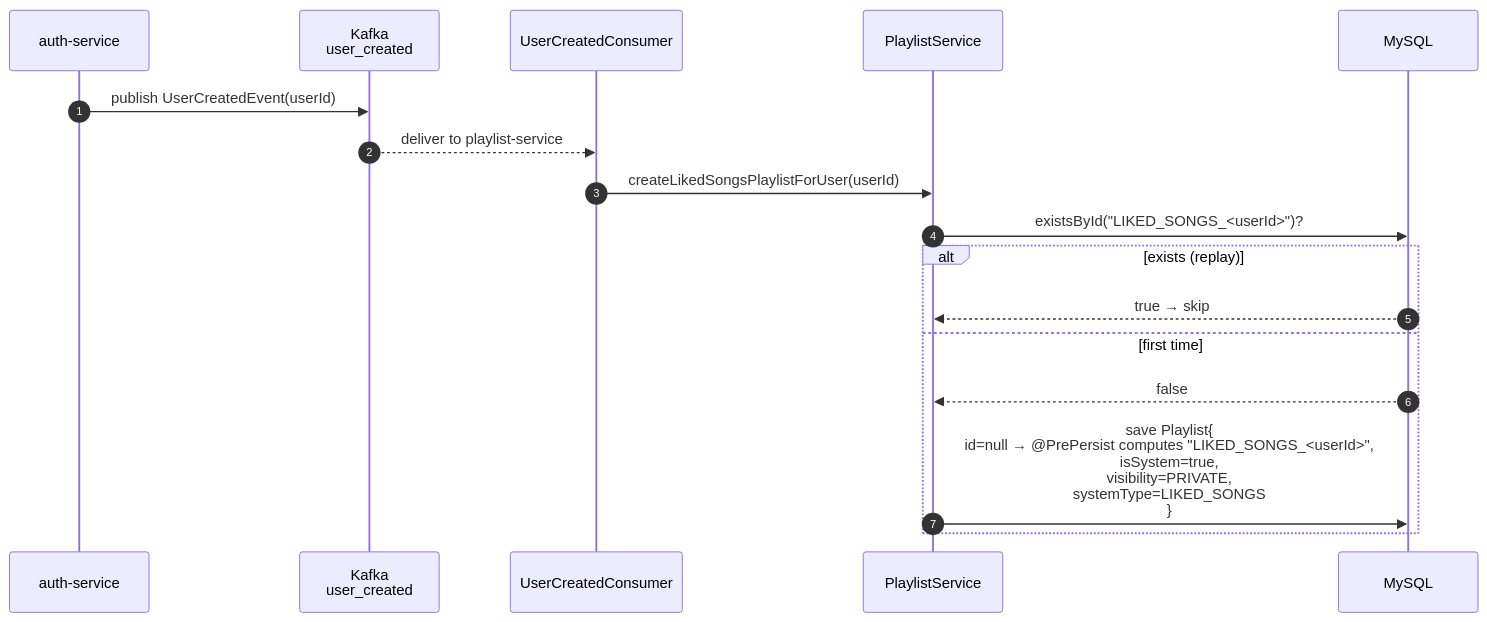
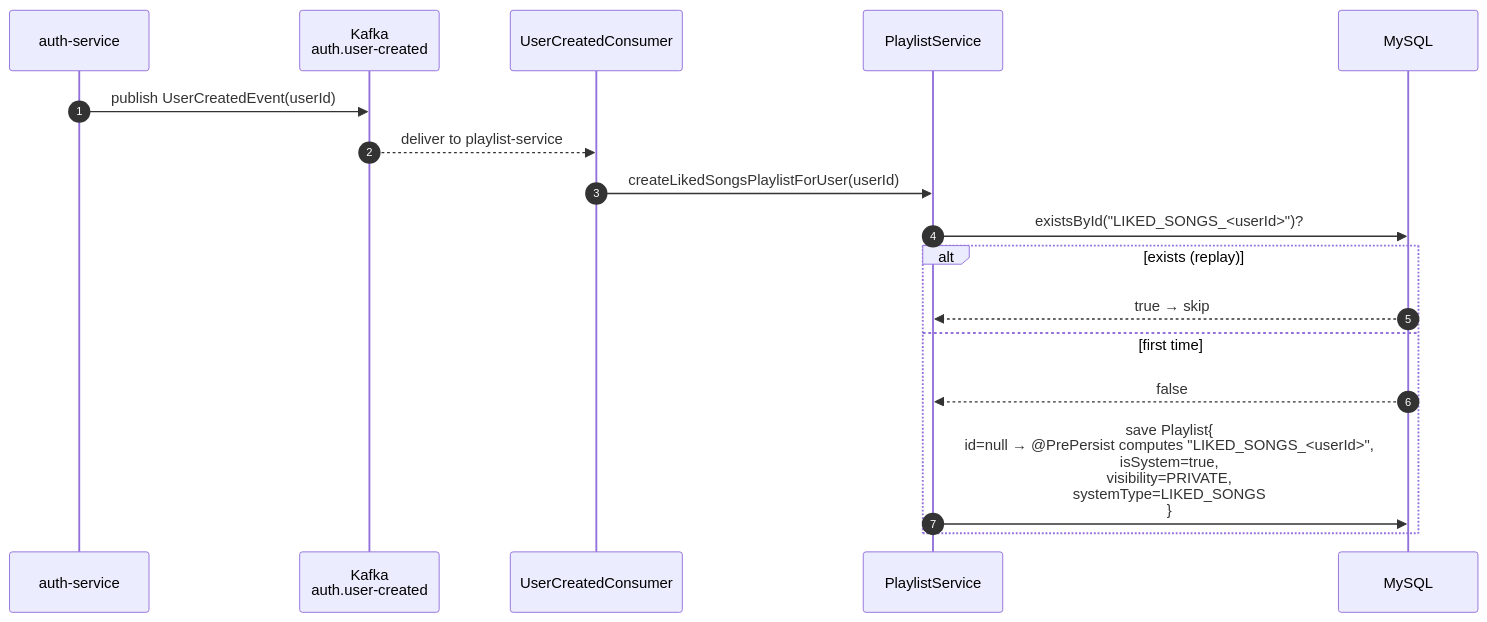
One commit to harshithrao07/cadence changed the third of 4 diagrams in playlist-service/README.md. Above: the diagram before and after it, drawn with Mermaid. The commit also changed other lines of this file and 58 other files, not shown here.

````diff
--- a/playlist-service/README.md
+++ b/playlist-service/README.md
@@ -78,20 +78,20 @@
 ```mermaid
 sequenceDiagram
     autonumber
     participant Auth as auth-service
-    participant K as Kafka<br/>user_created
+    participant K as Kafka<br/>auth.user-created
     participant UC as UserCreatedConsumer
     participant PS as PlaylistService
     participant DB as MySQL
 
     Auth->>K: publish UserCreatedEvent(userId)
     K-->>UC: deliver to playlist-service
     UC->>PS: createLikedSongsPlaylistForUser(userId)
     PS->>DB: existsById("LIKED_SONGS_<userId>")?
     alt exists (replay)
         DB-->>PS: true → skip
     else first time
         DB-->>PS: false
         PS->>DB: save Playlist{<br/>  id=null → @PrePersist computes "LIKED_SONGS_<userId>",<br/>  isSystem=true,<br/>  visibility=PRIVATE,<br/>  systemType=LIKED_SONGS<br/>}
     end
 ```
````
